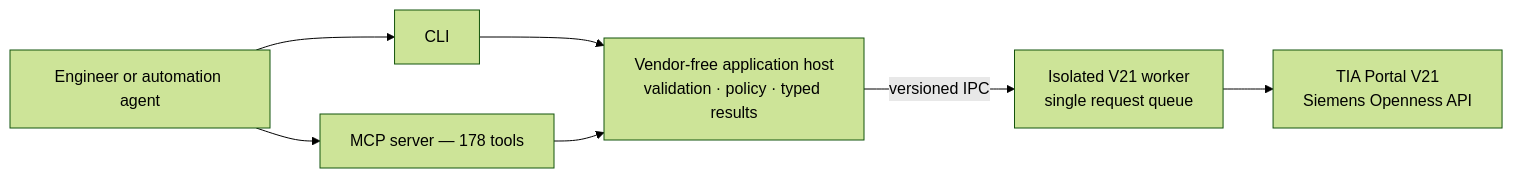
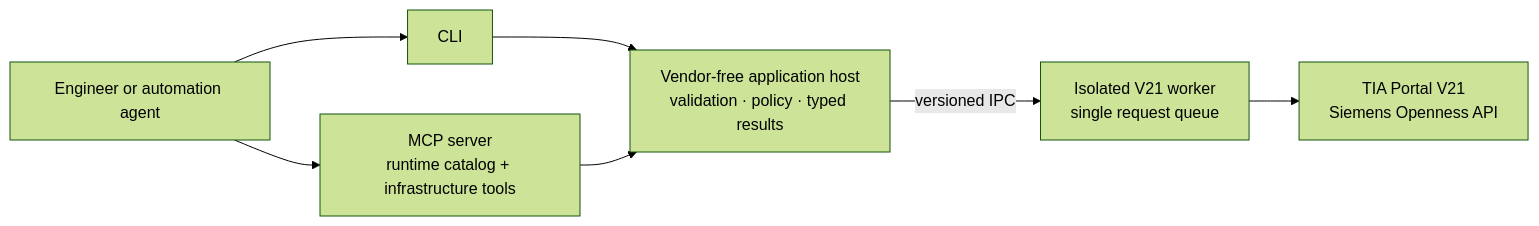
The diagram in README.md (mistik91/OpenTiaToolkit), drawn with Mermaid (forest theme) before and after one commit. The commit also changed other lines of this file and 30 other files, not shown here.

````diff
--- a/README.md
+++ b/README.md
@@ -61,16 +61,16 @@
 ```mermaid
 flowchart LR
     U["Engineer or automation agent"]
     CLI["CLI"]
-    MCP["MCP server — 178 tools"]
+    MCP["MCP server<br/>runtime catalog + infrastructure tools"]
     APP["Vendor-free application host<br/>validation · policy · typed results"]
     W["Isolated V21 worker<br/>single request queue"]
     TIA["TIA Portal V21<br/>Siemens Openness API"]
 
     U --> CLI
     U --> MCP
     CLI --> APP
     MCP --> APP
     APP -->|"versioned IPC"| W
     W --> TIA
 ```
````
